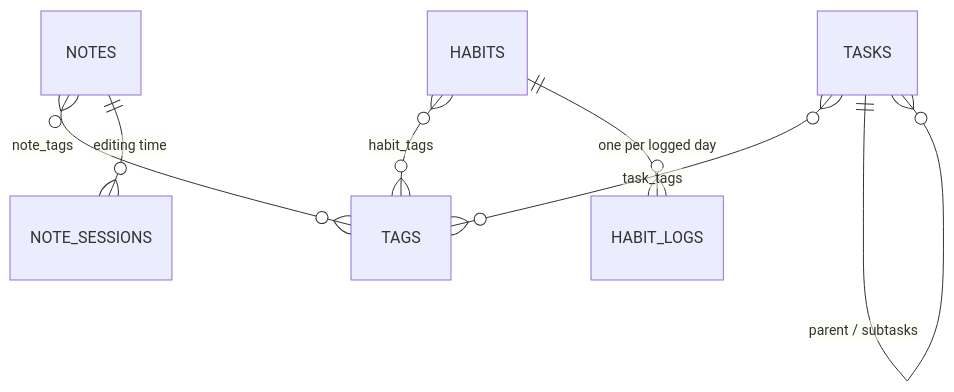
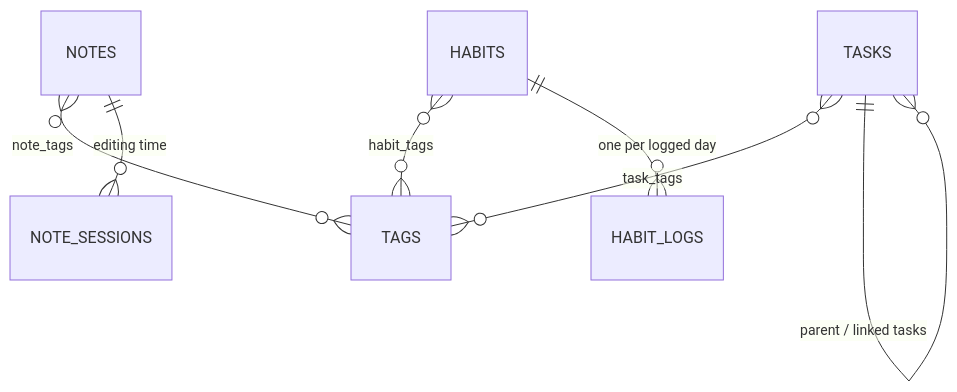
One commit to LuisFVillalon/kanso-backend changed the diagram in README.md. Above: the diagram before and after it, drawn with Mermaid. The commit also changed other lines of this file and 9 other files, not shown here.

First line of the commit message:
feat: add linked tasks endpoint with ordering and one-level guards (#9)

````diff
--- a/README.md
+++ b/README.md
@@ -25,9 +25,9 @@
 ```mermaid
 erDiagram
     TASKS }o--o{ TAGS : task_tags
     NOTES }o--o{ TAGS : note_tags
     HABITS }o--o{ TAGS : habit_tags
     HABITS ||--o{ HABIT_LOGS : "one per logged day"
     NOTES ||--o{ NOTE_SESSIONS : "editing time"
-    TASKS ||--o{ TASKS : "parent / subtasks"
+    TASKS ||--o{ TASKS : "parent / linked tasks"
 ```
````
